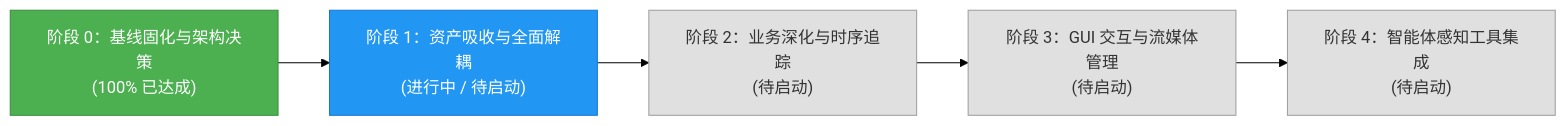
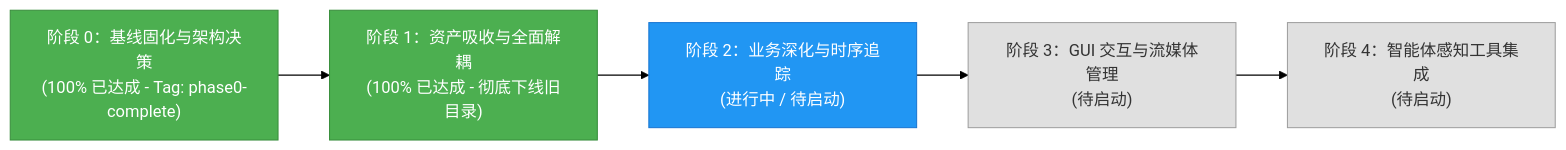
The diagram in docs/perception/PROGRESS.md (jjc303/civil_engineering_agent), drawn with Mermaid (forest theme) before and after one commit. The commit also changed other lines of this file and 62 other files, not shown here.

Commit message:
feat(phase1): complete asset absorption, UltralyticsDetector & legacy decoupling

````diff
--- a/docs/perception/PROGRESS.md
+++ b/docs/perception/PROGRESS.md
@@ -16,13 +20,13 @@
 ```mermaid
 flowchart LR
-    M0["阶段 0：基线固化与架构决策<br/>(100% 已达成)"] --> M1["阶段 1：资产吸收与全面解耦<br/>(进行中 / 待启动)"]
-    M1 --> M2["阶段 2：业务深化与时序追踪<br/>(待启动)"]
+    M0["阶段 0：基线固化与架构决策<br/>(100% 已达成 - Tag: phase0-complete)"] --> M1["阶段 1：资产吸收与全面解耦<br/>(100% 已达成 - 彻底下线旧目录)"]
+    M1 --> M2["阶段 2：业务深化与时序追踪<br/>(进行中 / 待启动)"]
     M2 --> M3["阶段 3：GUI 交互与流媒体管理<br/>(待启动)"]
     M3 --> M4["阶段 4：智能体感知工具集成<br/>(待启动)"]
 
     style M0 fill:#4CAF50,stroke:#388E3C,color:#fff
-    style M1 fill:#2196F3,stroke:#1976D2,color:#fff
-    style M2 fill:#e0e0e0,stroke:#9e9e9e,color:#333
+    style M1 fill:#4CAF50,stroke:#388E3C,color:#fff
+    style M2 fill:#2196F3,stroke:#1976D2,color:#fff
     style M3 fill:#e0e0e0,stroke:#9e9e9e,color:#333
     style M4 fill:#e0e0e0,stroke:#9e9e9e,color:#333
 ```
````
